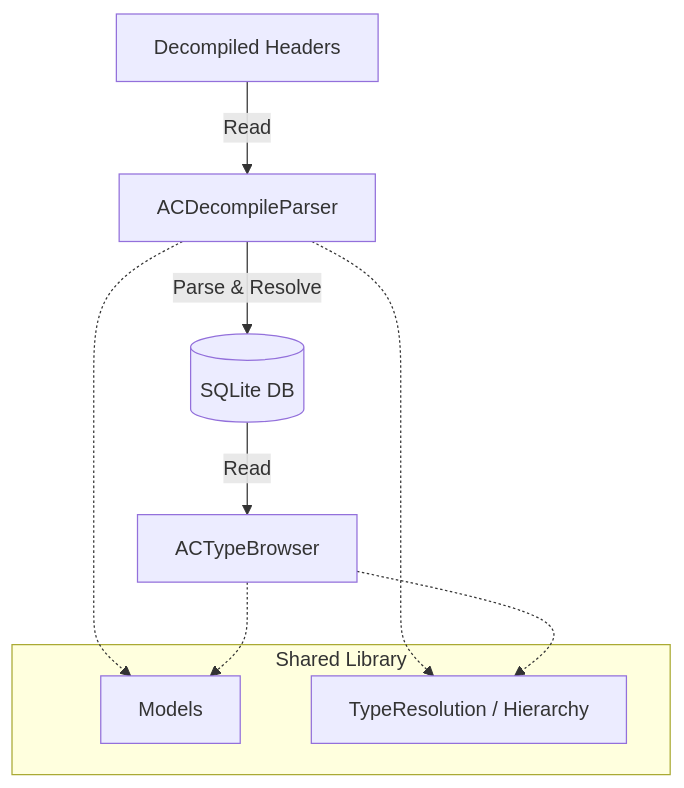
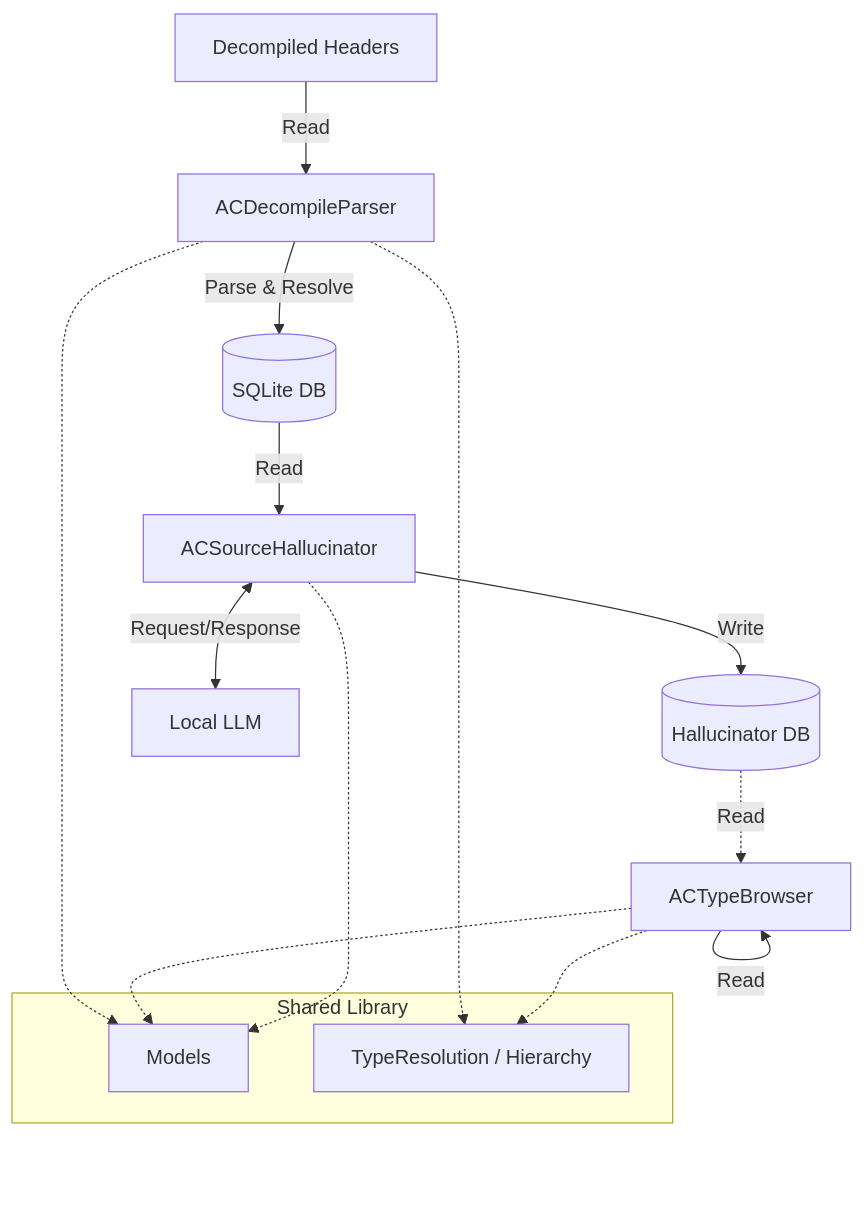
The first of 2 diagrams in README.md (trevis/ACDecompileHallucinator), drawn with Mermaid before and after one commit. The commit also changed other lines of this file and 5 other files, not shown here.

````diff
--- a/README.md
+++ b/README.md
@@ -29,16 +30,22 @@
 ```mermaid
 graph TD
     Input[Decompiled Headers] -->|Read| Parser[ACDecompileParser]
     Parser -->|Parse & Resolve| DB[(SQLite DB)]
-    DB -->|Read| Browser[ACTypeBrowser]
+    Browser -->|Read| Browser[ACTypeBrowser]
     
+    DB -->|Read| Hallucinator[ACSourceHallucinator]
+    Hallucinator -->|Write| HallucinatorDB[(Hallucinator DB)]
+    Hallucinator <-->|Request/Response| LLM[Local LLM]
+    HallucinatorDB -.->|Read| Browser
+
     subgraph SharedLib [Shared Library]
         Models
         Services[TypeResolution / Hierarchy]
     end
     
     Parser -.-> Models
     Parser -.-> Services
     Browser -.-> Models
     Browser -.-> Services
+    Hallucinator -.-> Models
 ```
````
